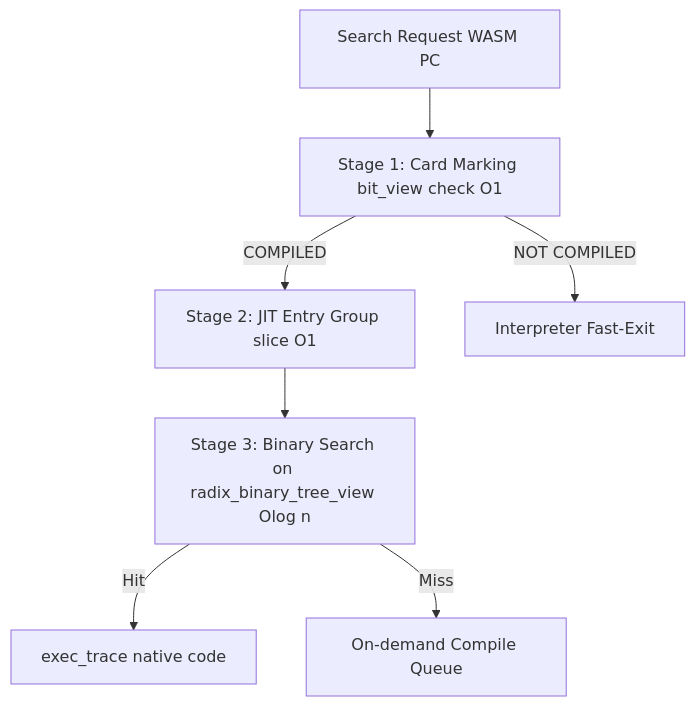
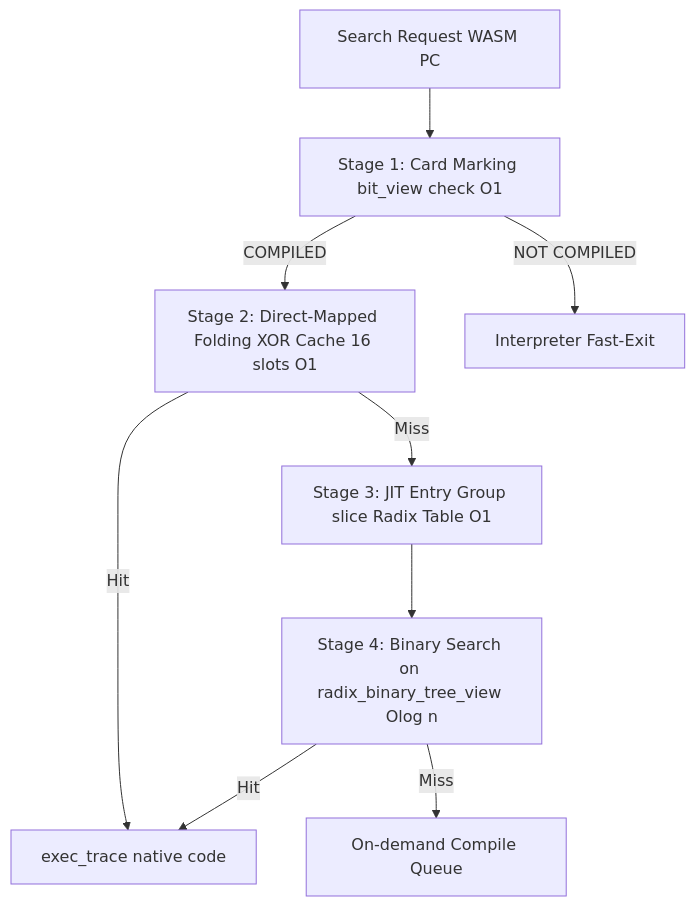
The first of 5 diagrams in docs/components/tier3_jit/jit_runtime.md (kmt-t/fireball), drawn with Mermaid before and after one commit. The commit also changed other lines of this file and 18 other files, not shown here.

Commit message:
docs: harmonize component diagrams, state transitions, and symlinks across specifications

````diff
--- a/docs/components/tier3_jit/jit_runtime.md
+++ b/docs/components/tier3_jit/jit_runtime.md
@@ -40,9 +40,11 @@
 ```mermaid
 graph TD
     Search[Search Request WASM PC] --> Stage1[Stage 1: Card Marking bit_view check O1]
-    Stage1 -->|COMPILED| Stage2[Stage 2: JIT Entry Group slice O1]
+    Stage1 -->|COMPILED| Stage2[Stage 2: Direct-Mapped Folding XOR Cache 16 slots O1]
     Stage1 -->|NOT COMPILED| Interp[Interpreter Fast-Exit]
-    Stage2 --> Stage3[Stage 3: Binary Search on radix_binary_tree_view Olog n]
-    Stage3 -->|Hit| Exec[exec_trace native code]
-    Stage3 -->|Miss| Queue[On-demand Compile Queue]
+    Stage2 -->|Hit| Exec[exec_trace native code]
+    Stage2 -->|Miss| Stage3[Stage 3: JIT Entry Group slice Radix Table O1]
+    Stage3 --> Stage4[Stage 4: Binary Search on radix_binary_tree_view Olog n]
+    Stage4 -->|Hit| Exec
+    Stage4 -->|Miss| Queue[On-demand Compile Queue]
 ```
````
